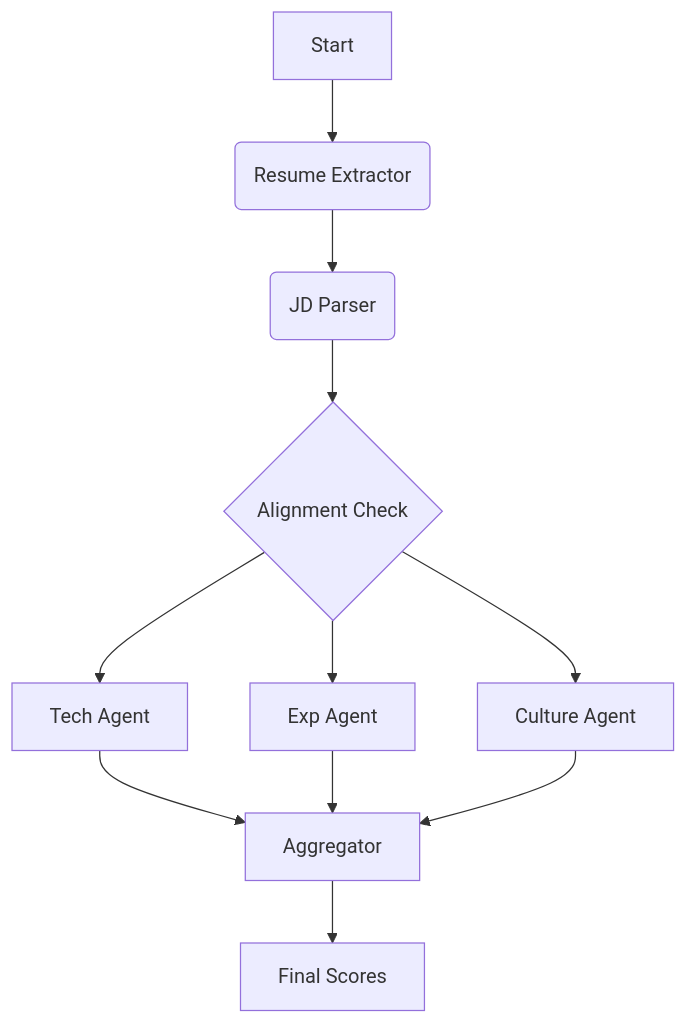
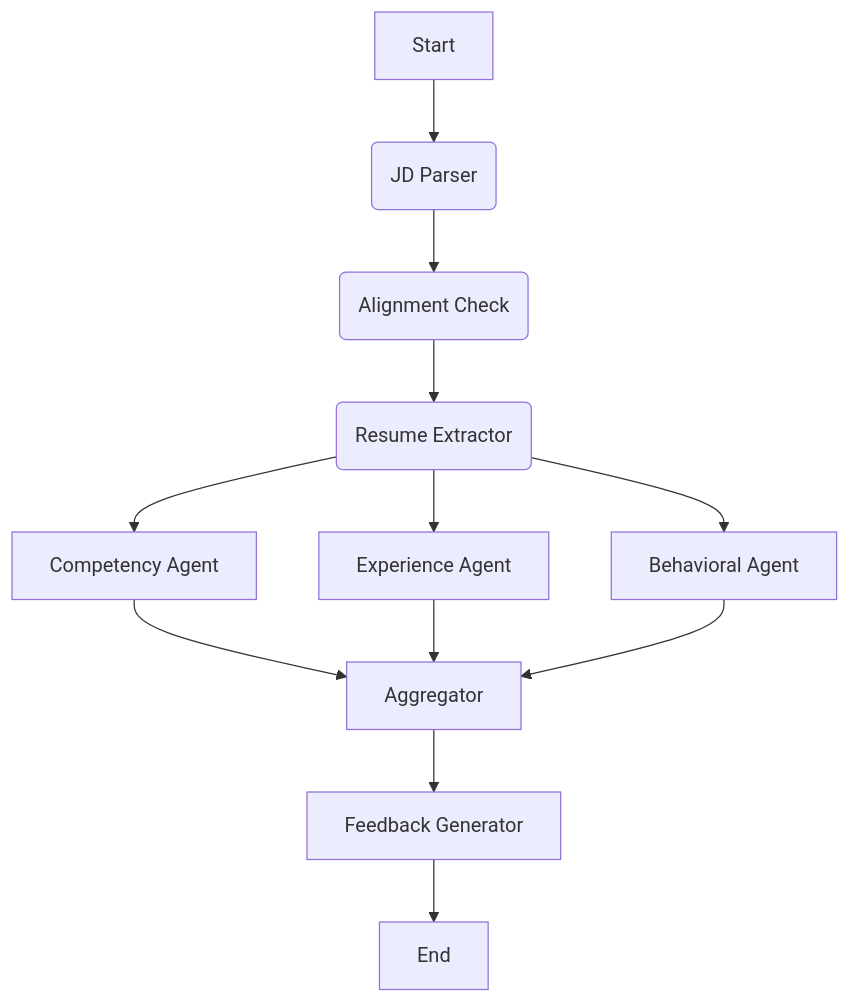
The diagram in AI_Backend/readme.md (tison-io/AI-Driven-Hiring-Intelligence-Tool), drawn with Mermaid before and after one commit. The commit also changed other lines of this file and 13 other files, not shown here.

````diff
--- a/AI_Backend/readme.md
+++ b/AI_Backend/readme.md
@@ -34,13 +32,14 @@
 ```mermaid
 graph TD
-    A[Start] --> B(Resume Extractor)
-    B --> C(JD Parser)
-    C --> D{Alignment Check}
-    D --> E[Tech Agent]
-    D --> F[Exp Agent]
-    D --> G[Culture Agent]
+    A[Start] --> B(JD Parser)
+    B --> C(Alignment Check)
+    C --> D(Resume Extractor)
+    D --> E[Competency Agent]
+    D --> F[Experience Agent]
+    D --> G[Behavioral Agent]
     E --> H[Aggregator]
     F --> H
     G --> H
-    H --> I[Final Scores]
+    H --> I[Feedback Generator]
+    I --> J[End]
 ```
````
